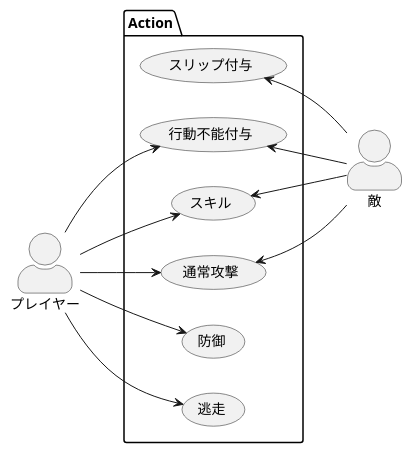
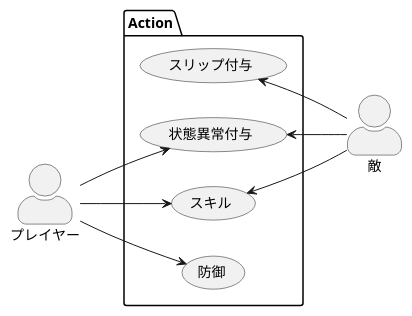
Before and after one commit to natsuhiko-maekawa/RPG: the diagram in Documents/PlantUML/UseCase.puml, drawn with PlantUML. The commit also changed 7 other files, not shown here.

```diff
--- a/Documents/PlantUML/UseCase.puml
+++ b/Documents/PlantUML/UseCase.puml
@@ -1,24 +1,19 @@
 @startuml
 left to right direction
 skinparam actorStyle awesome
 actor プレイヤー as player
 actor 敵 as enemy
 package Action {
-    usecase "通常攻撃" as attack
     usecase "スキル" as skill
     usecase "防御" as defence
-    usecase "逃走" as escape
-    usecase "行動不能付与" as cantAction
-    usecase "スリップ付与" as slipDamage
+    usecase "状態異常付与" as ailment
+    usecase "スリップ付与" as slip
 }
-player --> attack
 player --> skill
 player --> defence
-player --> escape
-player --> cantAction
+player --> ailment
 
-enemy -up-> attack
 enemy -up-> skill
-enemy -up-> cantAction
-enemy -up-> slipDamage
+enemy -up-> ailment
+enemy -up-> slip
 @enduml
```
